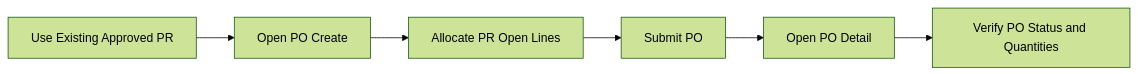
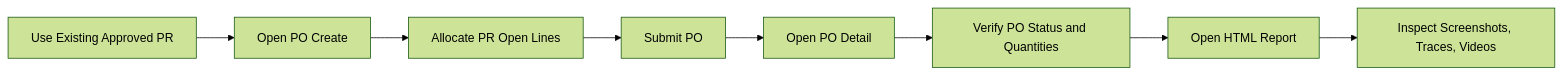
One commit to eComindo/2026-github-copilot-workshop changed the diagram in workshop.md. Above: the diagram before and after it, drawn with Mermaid (forest theme). The commit also changed other lines of this file and 20 other files, not shown here.

````diff
--- a/workshop.md
+++ b/workshop.md
@@ -369,8 +441,10 @@
 ```mermaid
 flowchart LR
    A[Use Existing Approved PR] --> B[Open PO Create]
    B --> C[Allocate PR Open Lines]
    C --> D[Submit PO]
    D --> E[Open PO Detail]
    E --> F[Verify PO Status and Quantities]
+   F --> G[Open HTML Report]
+   G --> H[Inspect Screenshots, Traces, Videos]
 ```
````
